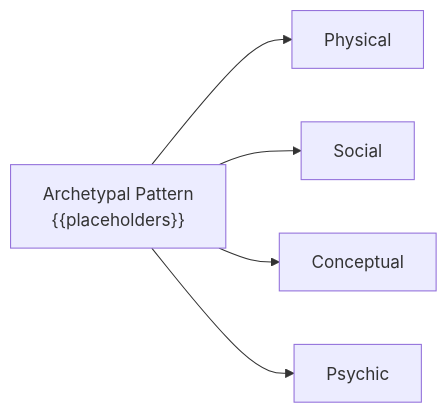
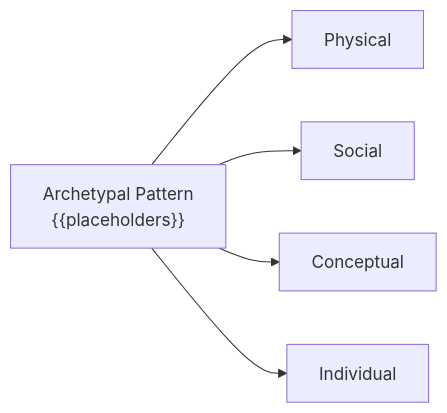
Before and after one commit to cogpy/NNPL-253-253: the second of 2 diagrams in CLAUDE.md, drawn with Mermaid. The commit also changed other lines of this file and 17 other files, not shown here.

````diff
--- a/CLAUDE.md
+++ b/CLAUDE.md
@@ -93,9 +93,9 @@
 ```mermaid
 flowchart LR
     A["Archetypal Pattern<br/>{{placeholders}}"]
     P["Physical"]
     S["Social"]
     C["Conceptual"]
-    Y["Psychic"]
+    Y["Individual"]
     A --> P & S & C & Y
 ```
````
